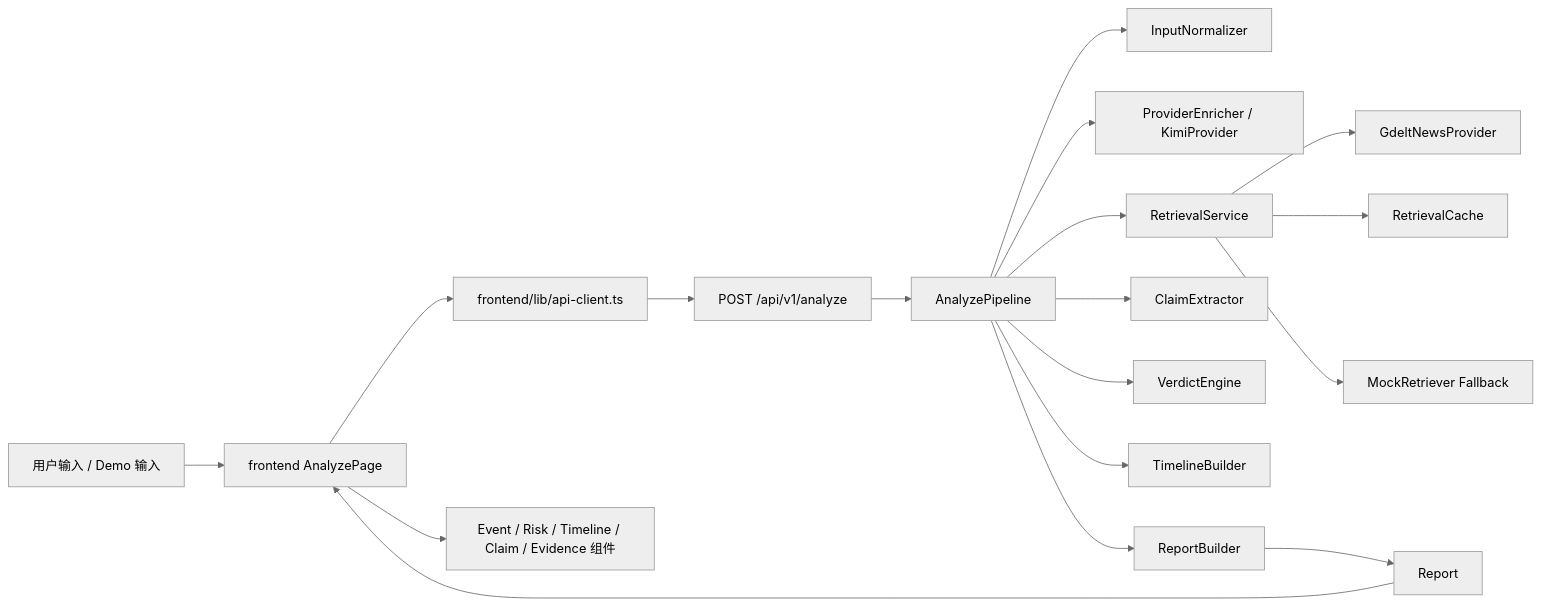
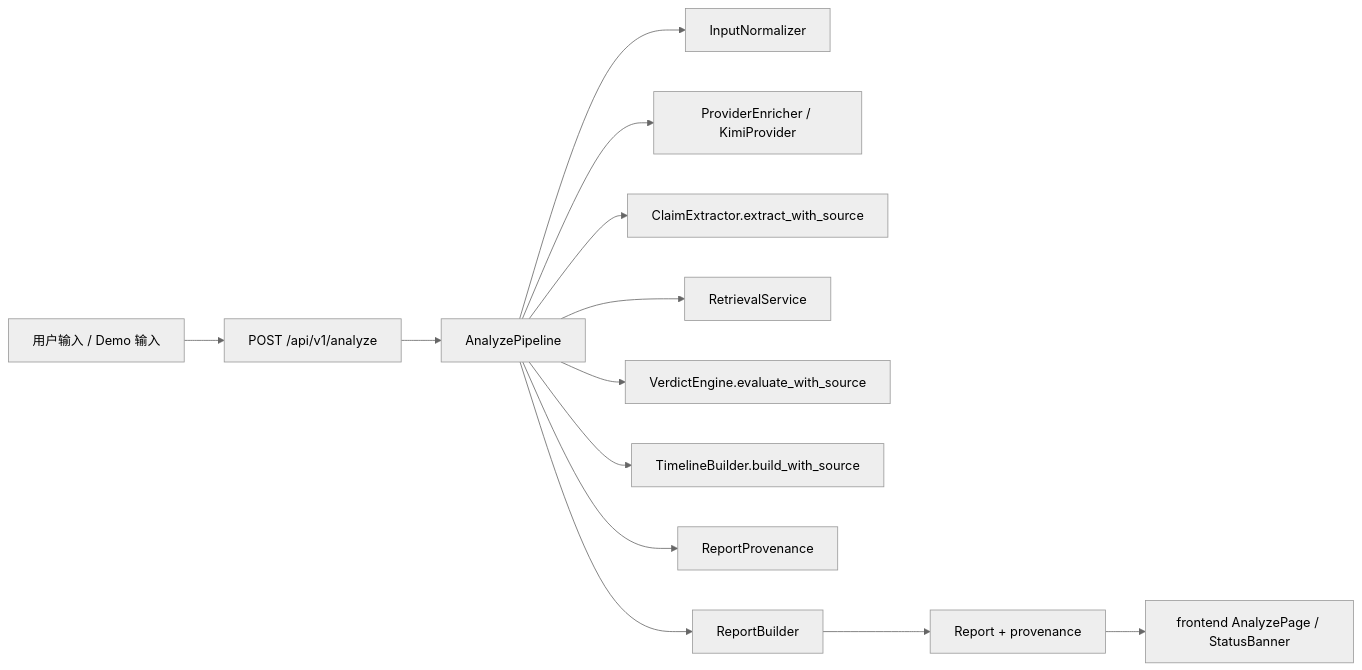
The diagram in tasks/completed-subtask-doc-index.md (forwaryan/rumor-checking), drawn with Mermaid (neutral theme) before and after one commit. The commit also changed other lines of this file and 8 other files, not shown here.

````diff
--- a/tasks/completed-subtask-doc-index.md
+++ b/tasks/completed-subtask-doc-index.md
@@ -67,20 +67,15 @@
 ```mermaid
 flowchart LR
-    U["用户输入 / Demo 输入"] --> FE["frontend AnalyzePage"]
-    FE --> API["frontend/lib/api-client.ts"]
-    API --> BE["POST /api/v1/analyze"]
-    BE --> PIPE["AnalyzePipeline"]
+    U["用户输入 / Demo 输入"] --> API["POST /api/v1/analyze"]
+    API --> PIPE["AnalyzePipeline"]
     PIPE --> N["InputNormalizer"]
     PIPE --> PE["ProviderEnricher / KimiProvider"]
+    PIPE --> C["ClaimExtractor.extract_with_source"]
     PIPE --> R["RetrievalService"]
-    R --> RP["GdeltNewsProvider"]
-    R --> RC["RetrievalCache"]
-    R --> MR["MockRetriever Fallback"]
-    PIPE --> C["ClaimExtractor"]
-    PIPE --> V["VerdictEngine"]
-    PIPE --> T["TimelineBuilder"]
+    PIPE --> V["VerdictEngine.evaluate_with_source"]
+    PIPE --> T["TimelineBuilder.build_with_source"]
+    PIPE --> P["ReportProvenance"]
     PIPE --> RB["ReportBuilder"]
-    RB --> REPORT["Report"]
-    REPORT --> FE
-    FE --> UI["Event / Risk / Timeline / Claim / Evidence 组件"]
+    RB --> REPORT["Report + provenance"]
+    REPORT --> FE["frontend AnalyzePage / StatusBanner"]
 ```
````
